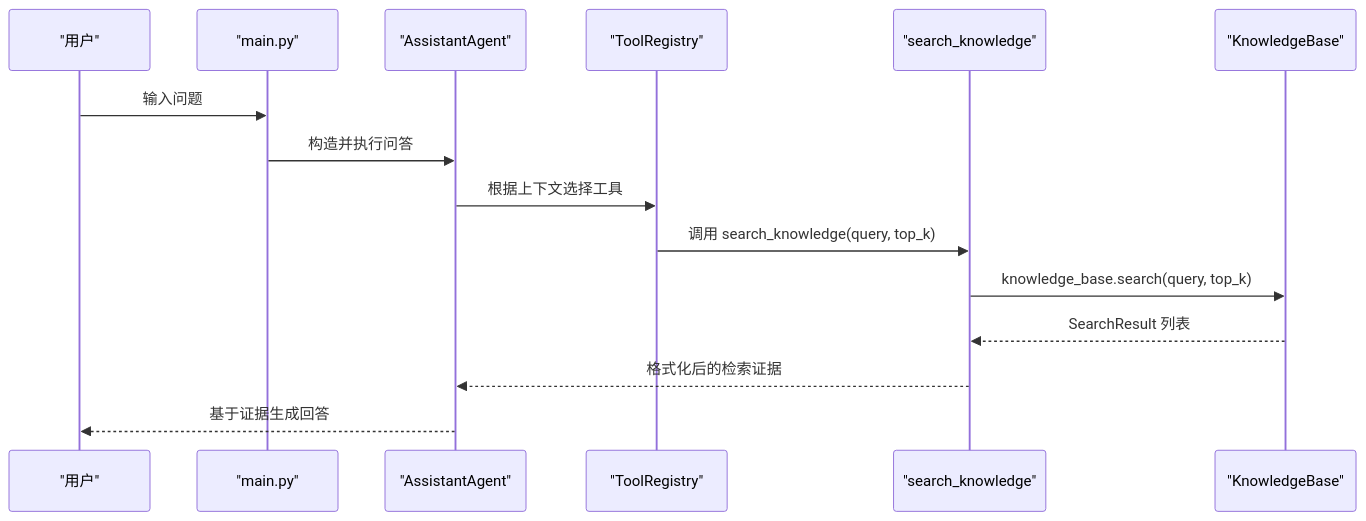
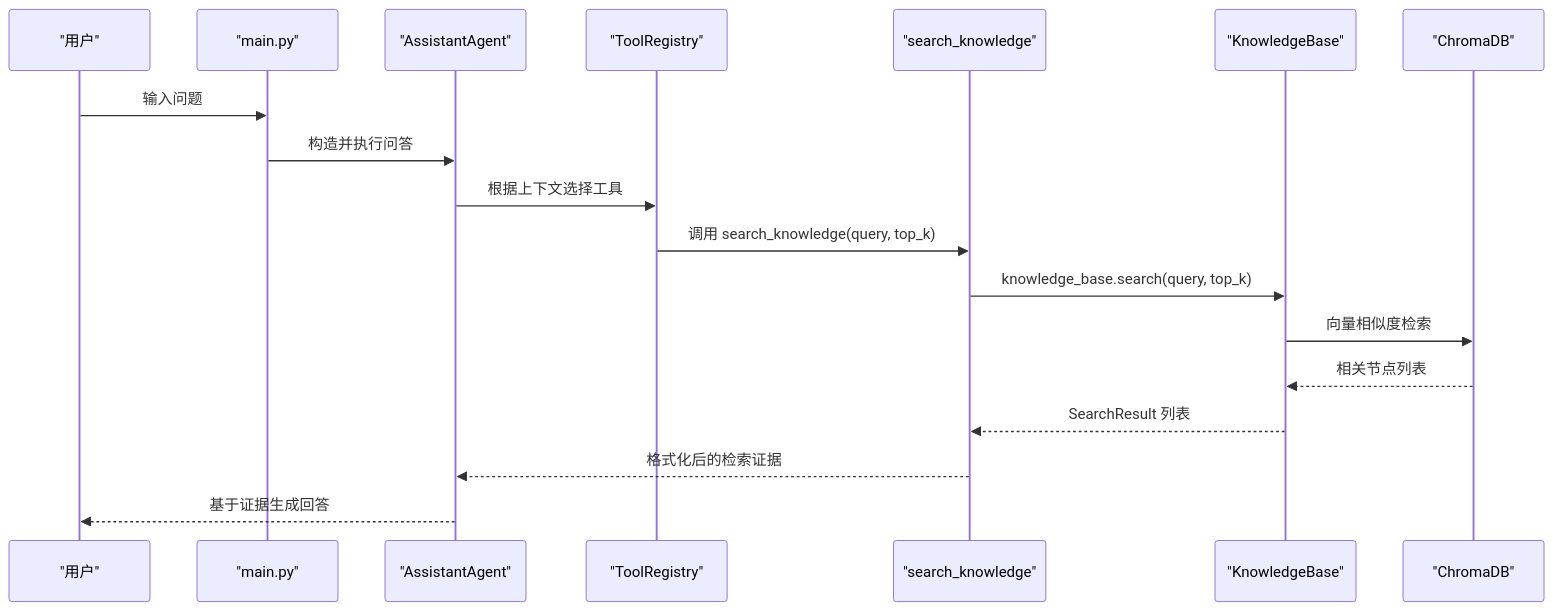
The second of 9 diagrams in .qoder/repowiki/zh/content/RAG 知识检索.md (xyx1028/agentHelp), drawn with Mermaid before and after one commit. The commit also changed other lines of this file and 115 other files, not shown here.

````diff
--- a/.qoder/repowiki/zh/content/RAG 知识检索.md
+++ b/.qoder/repowiki/zh/content/RAG 知识检索.md
@@ -71,17 +83,20 @@
 ```mermaid
 sequenceDiagram
 participant User as "用户"
 participant CLI as "main.py"
 participant Agent as "AssistantAgent"
 participant Tools as "ToolRegistry"
 participant RagTool as "search_knowledge"
 participant KB as "KnowledgeBase"
+participant VectorStore as "ChromaDB"
 User->>CLI : 输入问题
 CLI->>Agent : 构造并执行问答
 Agent->>Tools : 根据上下文选择工具
 Tools->>RagTool : 调用 search_knowledge(query, top_k)
 RagTool->>KB : knowledge_base.search(query, top_k)
+KB->>VectorStore : 向量相似度检索
+VectorStore-->>KB : 相关节点列表
 KB-->>RagTool : SearchResult 列表
 RagTool-->>Agent : 格式化后的检索证据
 Agent-->>User : 基于证据生成回答
 ```
````
